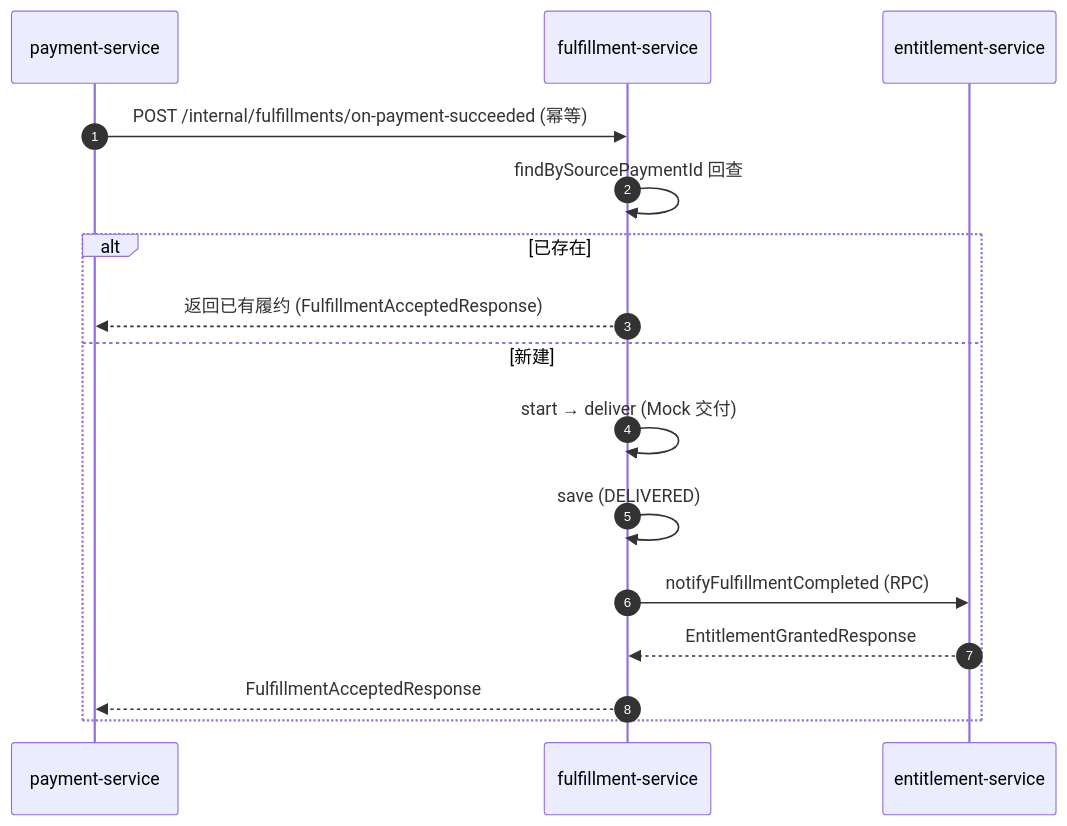
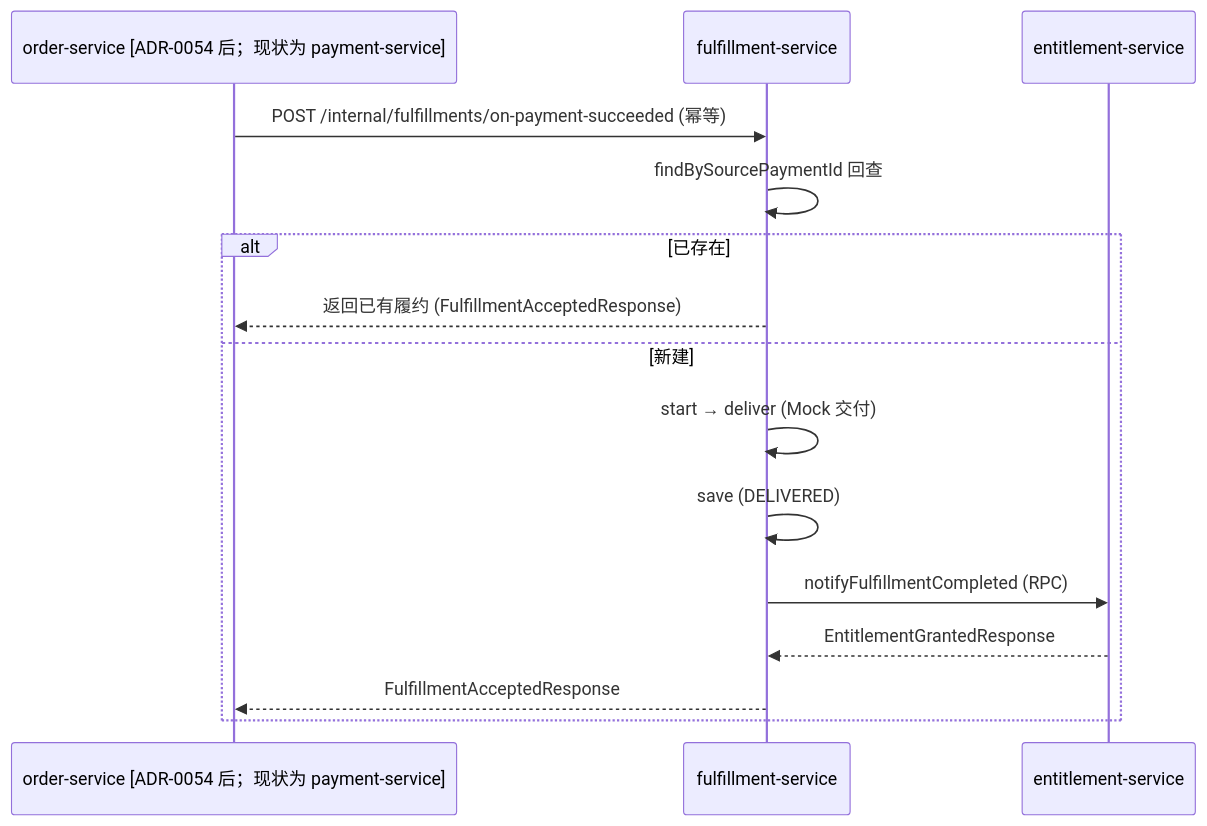
The diagram in docs/architecture/systems/fulfillment-service.md (ckcky/Payment), drawn with Mermaid before and after one commit. The commit also changed other lines of this file and 10 other files, not shown here.

````diff
--- a/docs/architecture/systems/fulfillment-service.md
+++ b/docs/architecture/systems/fulfillment-service.md
@@ -167,18 +169,17 @@
 ```mermaid
 sequenceDiagram
-    autonumber
-    participant P as payment-service
+    participant O as order-service [ADR-0054 后；现状为 payment-service]
     participant F as fulfillment-service
     participant E as entitlement-service
-    P->>F: POST /internal/fulfillments/on-payment-succeeded (幂等)
+    O->>F: POST /internal/fulfillments/on-payment-succeeded (幂等)
     F->>F: findBySourcePaymentId 回查
     alt 已存在
-        F-->>P: 返回已有履约 (FulfillmentAcceptedResponse)
+        F-->>O: 返回已有履约 (FulfillmentAcceptedResponse)
     else 新建
         F->>F: start → deliver (Mock 交付)
         F->>F: save (DELIVERED)
         F->>E: notifyFulfillmentCompleted (RPC)
         E-->>F: EntitlementGrantedResponse
-        F-->>P: FulfillmentAcceptedResponse
+        F-->>O: FulfillmentAcceptedResponse
     end
 ```
````
